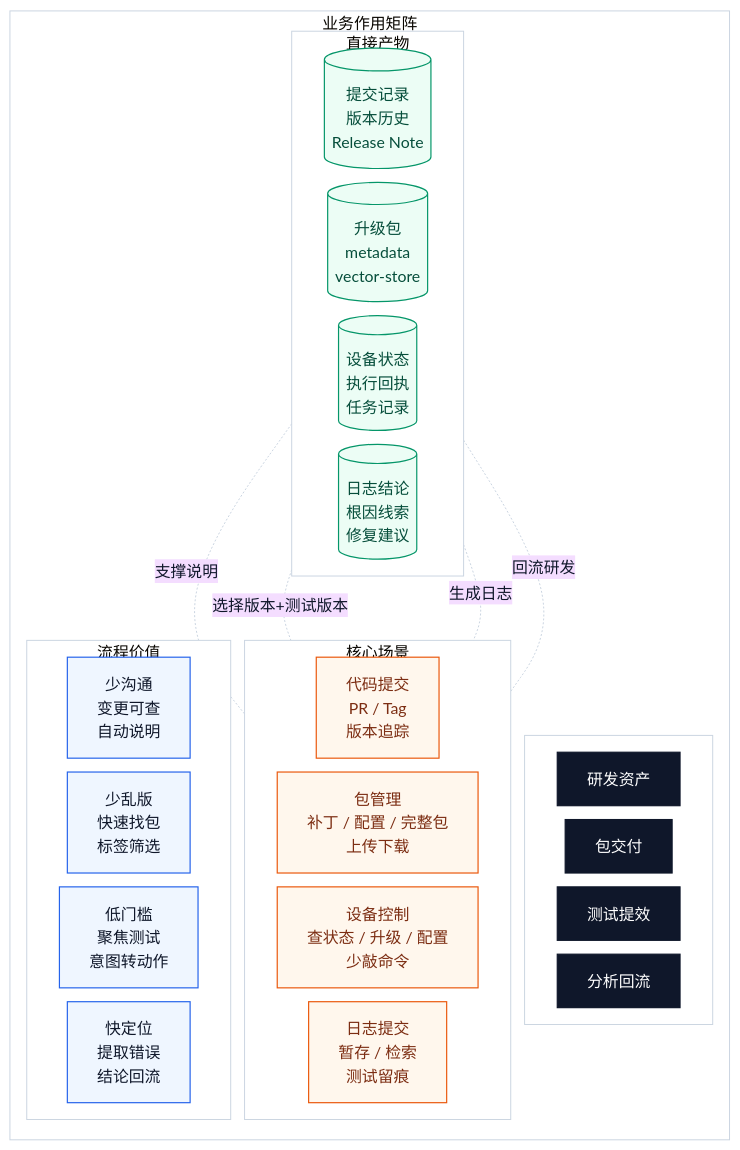
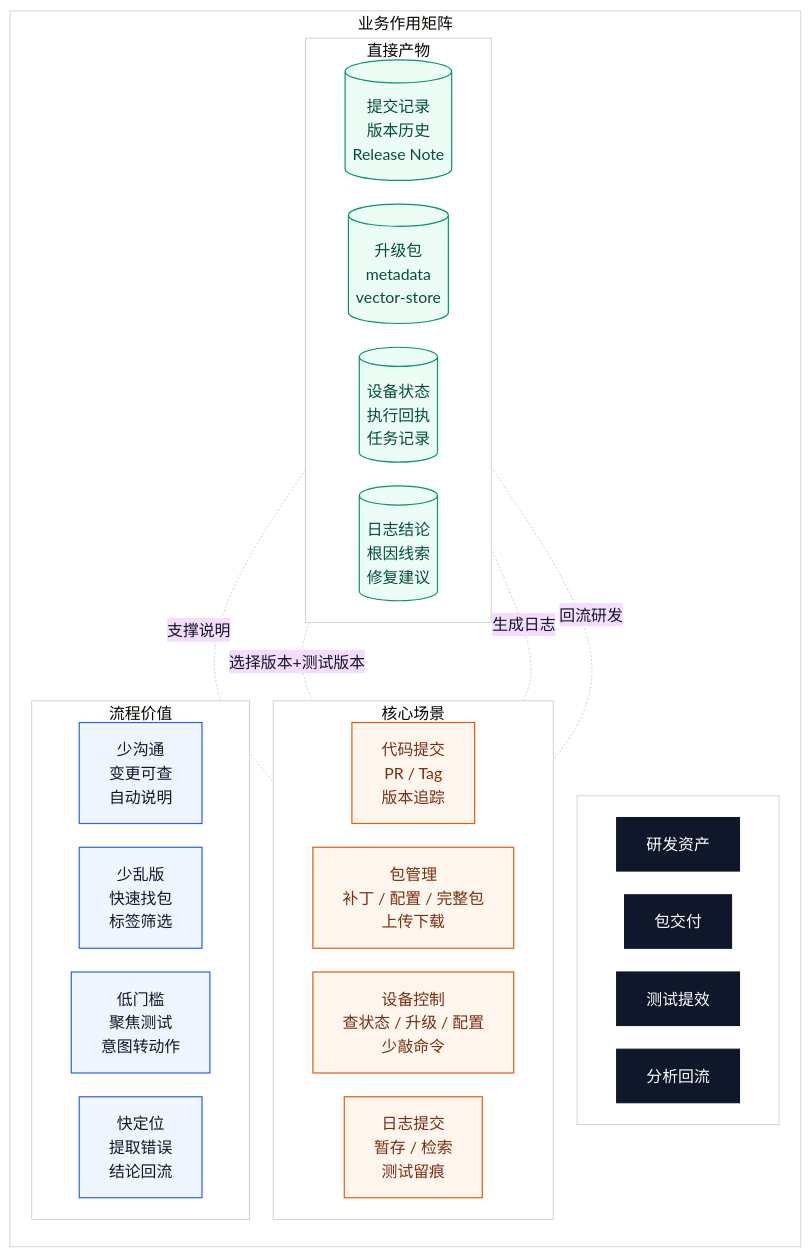
Before and after one commit to visiontrail/RavenAI: the third of 4 diagrams in README.zh.md, drawn with Mermaid. The commit also changed other lines of this file and 1 other file, not shown here.

Commit message:
chore: update flowchart spacing and layout in README files

````diff
--- a/README.zh.md
+++ b/README.zh.md
@@ -86,59 +86,59 @@
 ```mermaid
 %% 建议导出画布：1200x900 或 1600x1200，4:3
 %% 主题：RavenAI 在研发测试流程中的业务作用
-%%{init: {"theme": "base", "flowchart": {"htmlLabels": true, "nodeSpacing": 14, "rankSpacing": 16, "curve": "basis"}, "themeVariables": {"fontFamily": "Arial, Microsoft YaHei", "primaryTextColor": "#0F172A", "lineColor": "#CBD5E1", "clusterBkg": "#FFFFFF", "clusterBorder": "#CBD5E1"}}}%%
+%%{init: {"theme": "base", "flowchart": {"htmlLabels": true, "nodeSpacing": 24, "rankSpacing": 30, "curve": "basis"}, "themeVariables": {"fontFamily": "Arial, Microsoft YaHei", "primaryTextColor": "#0F172A", "lineColor": "#CBD5E1", "clusterBkg": "#FFFFFF", "clusterBorder": "#CBD5E1"}}}%%
 
 flowchart TB
 
 subgraph M["业务作用矩阵"]
 direction TB
 
   subgraph H[" "]
   direction LR
     H1["研发资产"]
     H2["包交付"]
     H3["测试提效"]
     H4["分析回流"]
   end
 
   subgraph R1["核心场景"]
   direction LR
     A1["代码提交<br/>PR / Tag<br/>版本追踪"]
     A2["包管理<br/>补丁 / 配置 / 完整包<br/>上传下载"]
     A3["设备控制<br/>查状态 / 升级 / 配置<br/>少敲命令"]
     A4["日志提交<br/>暂存 / 检索<br/>测试留痕"]
   end
 
   subgraph R2["流程价值"]
   direction LR
     B1["少沟通<br/>变更可查<br/>自动说明"]
     B2["少乱版<br/>快速找包<br/>标签筛选"]
     B3["低门槛<br/>聚焦测试<br/>意图转动作"]
     B4["快定位<br/>提取错误<br/>结论回流"]
   end
 
   subgraph R3["直接产物"]
   direction LR
     C1[("提交记录<br/>版本历史<br/>Release Note")]
     C2[("升级包<br/>metadata<br/>vector-store")]
     C3[("设备状态<br/>执行回执<br/>任务记录")]
     C4[("日志结论<br/>根因线索<br/>修复建议")]
   end
 
 end
 
 C1 -. "支撑说明" .- A2
 C2 -. "选择版本+测试版本" .- A3
 C3 -. "生成日志" .- A4
 C4 -. "回流研发" .- A1
 
 classDef head fill:#0F172A,stroke:#0F172A,stroke-width:1.2px,color:#FFFFFF;
 classDef scene fill:#FFF7ED,stroke:#EA580C,stroke-width:1.2px,color:#7C2D12;
 classDef value fill:#EFF6FF,stroke:#2563EB,stroke-width:1.2px,color:#0F172A;
 classDef data fill:#ECFDF5,stroke:#059669,stroke-width:1.2px,color:#064E3B;
 
 class H1,H2,H3,H4 head;
 class A1,A2,A3,A4 scene;
 class B1,B2,B3,B4 value;
 class C1,C2,C3,C4 data;
 ```
````
